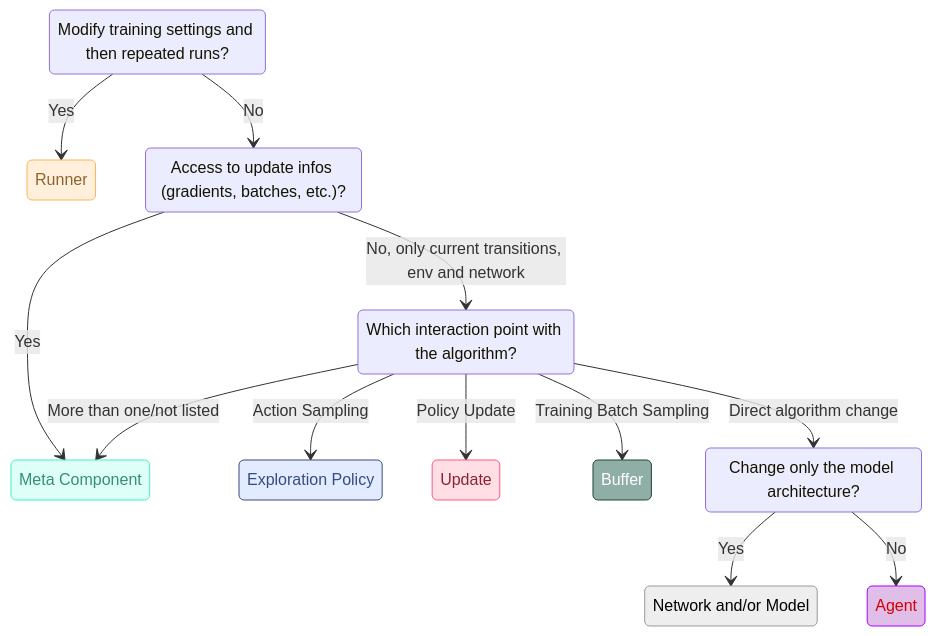
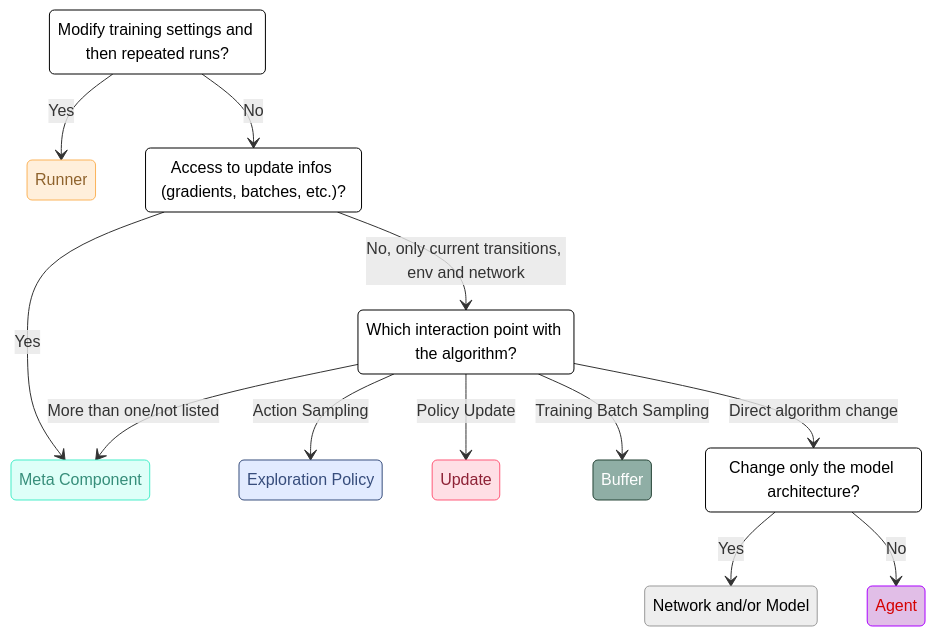
Before and after one commit to nobodyPerfecZ/Mighty: the diagram in docs/package_structure.md, drawn with Mermaid. The commit also changed 3 other files, not shown here.

````diff
--- a/docs/package_structure.md
+++ b/docs/package_structure.md
@@ -6,42 +6,47 @@
 ``` mermaid
 stateDiagram
   direction TB
+  classDef Neutral stroke-width:1px,stroke-dasharray:none,stroke:#000000,fill:#FFFFFF,color:#000000;
   classDef Peach stroke-width:1px,stroke-dasharray:none,stroke:#FBB35A,fill:#FFEFDB,color:#8F632D;
   classDef Aqua stroke-width:1px,stroke-dasharray:none,stroke:#46EDC8,fill:#DEFFF8,color:#378E7A;
   classDef Sky stroke-width:1px,stroke-dasharray:none,stroke:#374D7C,fill:#E2EBFF,color:#374D7C;
   classDef Pine stroke-width:1px,stroke-dasharray:none,stroke:#254336,fill:#8faea5,color:#FFFFFF;
   classDef Rose stroke-width:1px,stroke-dasharray:none,stroke:#FF5978,fill:#FFDFE5,color:#8E2236;
   classDef Ash stroke-width:1px,stroke-dasharray:none,stroke:#999999,fill:#EEEEEE,color:#000000;
   classDef Seven fill:#E1BEE7,color:#D50000,stroke:#AA00FF;
   Still --> root_end:Yes
   Still --> Moving:No
   Moving --> Crash:Yes
   Moving --> s2:No, only current transitions, env and network
   s2 --> s6:Action Sampling
   s2 --> s10:Policy Update
   s2 --> s8:Training Batch Sampling
   s2 --> Crash:More than one/not listed
   s2 --> s12:Direct algorithm change
   s12 --> s13:Yes
   s12 --> s14:No
   Still:Modify training settings and then repeated runs?
   root_end:Runner
   Moving:Access to update infos (gradients, batches, etc.)?
   Crash:Meta Component
   s2:Which interaction point with the algorithm?
   s6:Exploration Policy
   s10:Update
   s8:Buffer
   s12:Change only the model architecture?
   s13:Network and/or Model
   s14:Agent
   class root_end Peach
   class Crash Aqua
   class s6 Sky
   class s8 Pine
   class s10 Rose
   class s13 Ash
   class s14 Seven
+  class Still Neutral
+  class Moving Neutral
+  class s2 Neutral
+  class s12 Neutral
   style root_end color:none
   style s8 color:#FFFFFF
 ```
````
